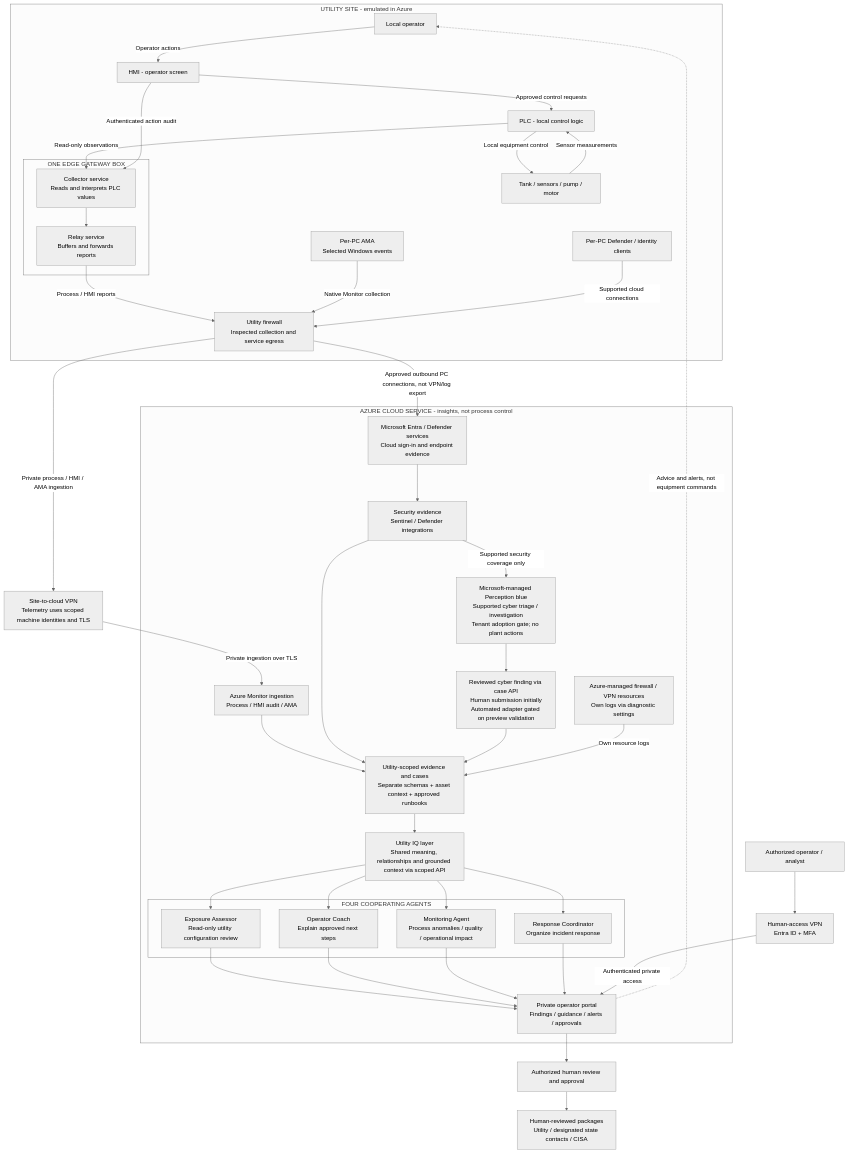
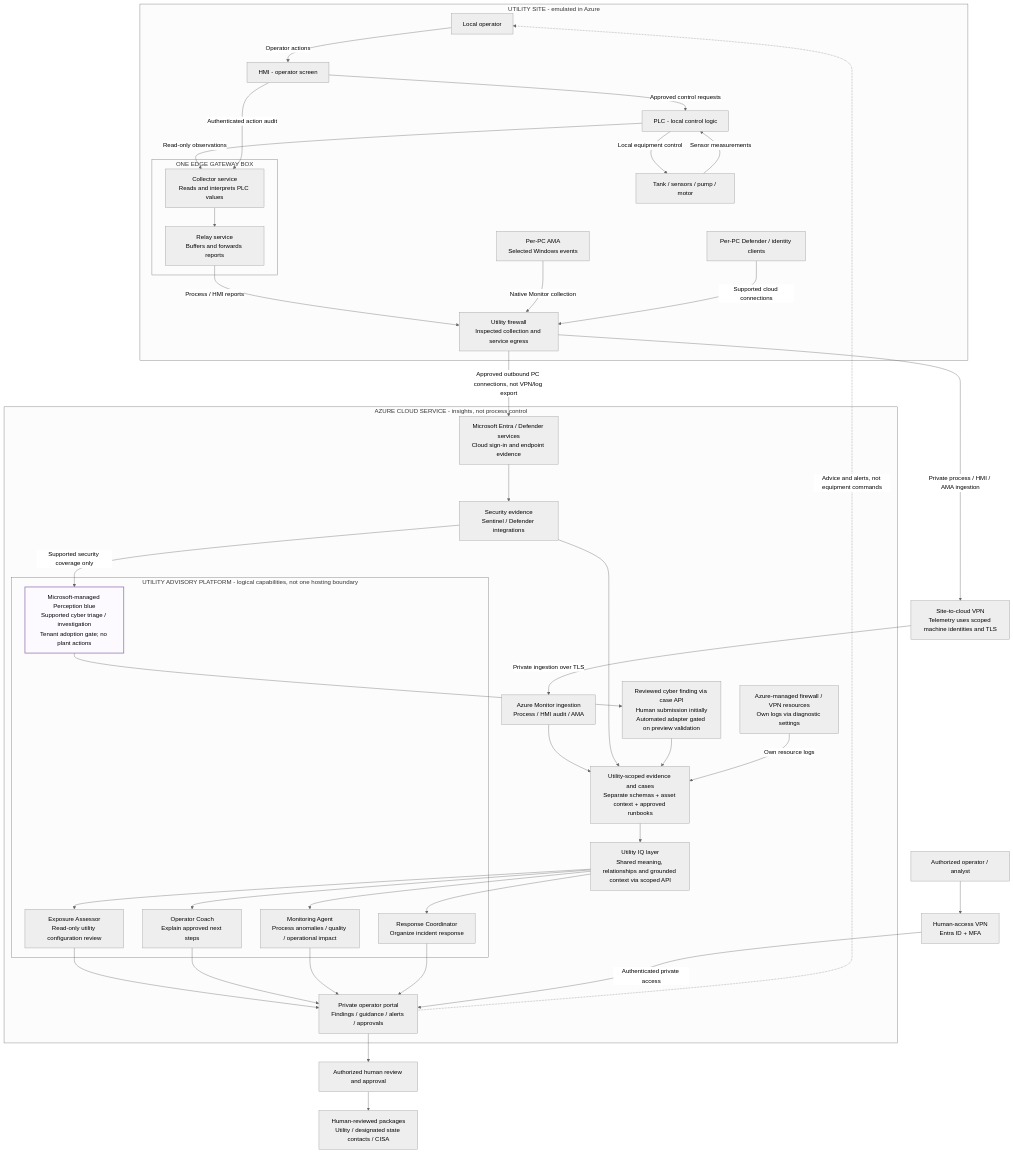
The first of 4 diagrams in docs/target-architecture.md (srvenkatms/WaterSupplyInisghtIQ), drawn with Mermaid (neutral theme) before and after one commit. The commit also changed other lines of this file and 1 other file, not shown here.

First line of the commit message:
Group Perception within the utility advisory layer

````diff
--- a/docs/target-architecture.md
+++ b/docs/target-architecture.md
@@ -75,72 +75,73 @@
 ```mermaid
 flowchart TB
   subgraph UtilityConcept["UTILITY SITE - emulated in Azure"]
     LocalOperator["Local operator"]
     LocalHMI["HMI - operator screen"]
     LocalPLC["PLC - local control logic"]
     Equipment["Tank / sensors / pump / motor"]
     subgraph EdgeConcept["ONE EDGE GATEWAY BOX"]
       ReadCollector["Collector service<br/>Reads and interprets PLC values"]
       ForwardRelay["Relay service<br/>Buffers and forwards reports"]
     end
     HostEvents["Per-PC AMA<br/>Selected Windows events"]
     EndpointClients["Per-PC Defender / identity clients"]
     UtilityFirewall["Utility firewall<br/>Inspected collection and service egress"]
     LocalOperator -->|"Operator actions"| LocalHMI
     LocalHMI -->|"Approved control requests"| LocalPLC
     LocalPLC -->|"Local equipment control"| Equipment
     Equipment -->|"Sensor measurements"| LocalPLC
     LocalPLC -->|"Read-only observations"| ReadCollector
     LocalHMI -->|"Authenticated action audit"| ReadCollector
     ReadCollector --> ForwardRelay
     ForwardRelay -->|"Process / HMI reports"| UtilityFirewall
     HostEvents -->|"Native Monitor collection"| UtilityFirewall
     EndpointClients -->|"Supported cloud connections"| UtilityFirewall
   end
 
   SiteConnection["Site-to-cloud VPN<br/>Telemetry uses scoped machine identities and TLS"]
   RemoteHuman["Authorized operator / analyst"]
   HumanConnection["Human-access VPN<br/>Entra ID + MFA"]
   UtilityFirewall -->|"Private process / HMI / AMA ingestion"| SiteConnection
   RemoteHuman --> HumanConnection
 
   subgraph CloudConcept["AZURE CLOUD SERVICE - insights, not process control"]
     WaterReceiver["Azure Monitor ingestion<br/>Process / HMI audit / AMA"]
     SecurityReceiver["Security evidence<br/>Sentinel / Defender integrations"]
     CloudSecurity["Microsoft Entra / Defender services<br/>Cloud sign-in and endpoint evidence"]
     ResourceDiagnostics["Azure-managed firewall / VPN resources<br/>Own logs via diagnostic settings"]
     EvidenceContext["Utility-scoped evidence and cases<br/>Separate schemas + asset context + approved runbooks"]
     UtilityIQ["Utility IQ layer<br/>Shared meaning, relationships and grounded context via scoped API"]
-    subgraph AgentConcept["FOUR COOPERATING AGENTS"]
+    subgraph AgentConcept["UTILITY ADVISORY PLATFORM - logical capabilities, not one hosting boundary"]
       Exposure["Exposure Assessor<br/>Read-only utility configuration review"]
       Coach["Operator Coach<br/>Explain approved next steps"]
       Monitor["Monitoring Agent<br/>Process anomalies / quality / operational impact"]
       Coordinator["Response Coordinator<br/>Organize incident response"]
+      Perception["Microsoft-managed Perception blue<br/>Supported cyber triage / investigation<br/>Tenant adoption gate; no plant actions"]
     end
     PrivatePortal["Private operator portal<br/>Findings / guidance / alerts / approvals"]
-    Perception["Microsoft-managed Perception blue<br/>Supported cyber triage / investigation<br/>Tenant adoption gate; no plant actions"]
+    style Perception fill:#fcf9ff,stroke:#9775b3,stroke-width:2px
     CyberHandoff["Reviewed cyber finding via case API<br/>Human submission initially<br/>Automated adapter gated on preview validation"]
     WaterReceiver --> EvidenceContext
     SecurityReceiver --> EvidenceContext
     CloudSecurity --> SecurityReceiver
     SecurityReceiver -->|"Supported security coverage only"| Perception
     Perception --> CyberHandoff --> EvidenceContext
     ResourceDiagnostics -->|"Own resource logs"| EvidenceContext
     EvidenceContext --> UtilityIQ
     UtilityIQ --> Exposure
     UtilityIQ --> Coach
     UtilityIQ --> Monitor
     UtilityIQ --> Coordinator
     Exposure --> PrivatePortal
     Coach --> PrivatePortal
     Monitor --> PrivatePortal
     Coordinator --> PrivatePortal
   end
 
   SiteConnection -->|"Private ingestion over TLS"| WaterReceiver
   UtilityFirewall -->|"Approved outbound PC connections, not VPN/log export"| CloudSecurity
   HumanConnection -->|"Authenticated private access"| PrivatePortal
   PrivatePortal -.->|"Advice and alerts, not equipment commands"| LocalOperator
   PrivatePortal --> Approval["Authorized human review and approval"]
   Approval --> Contacts["Human-reviewed packages<br/>Utility / designated state contacts / CISA"]
 ```
````
